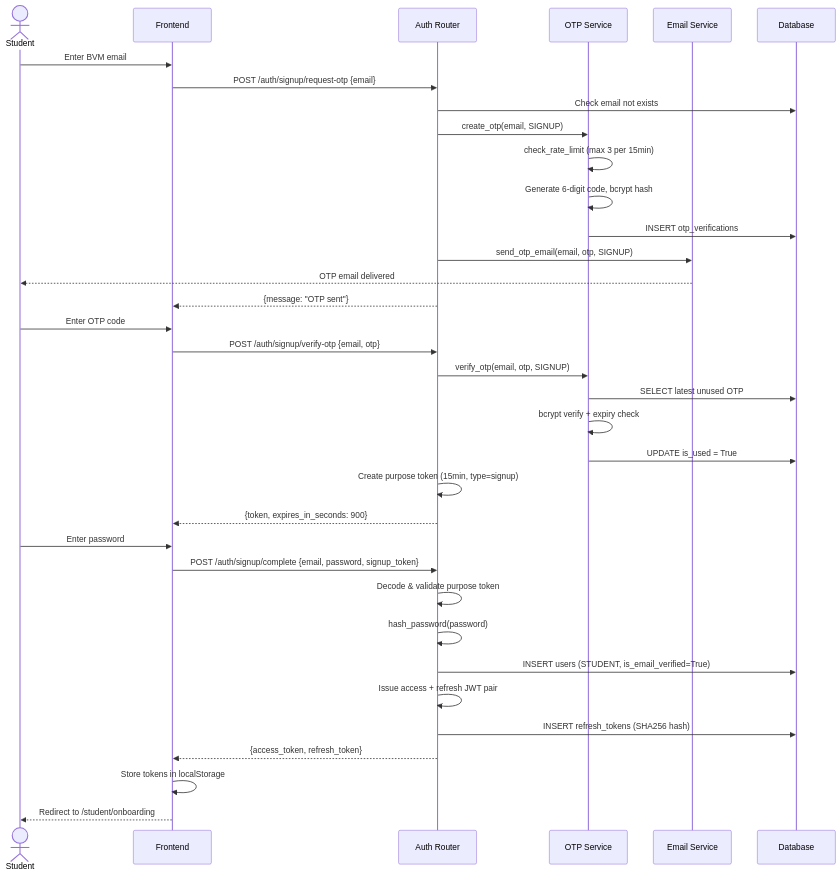
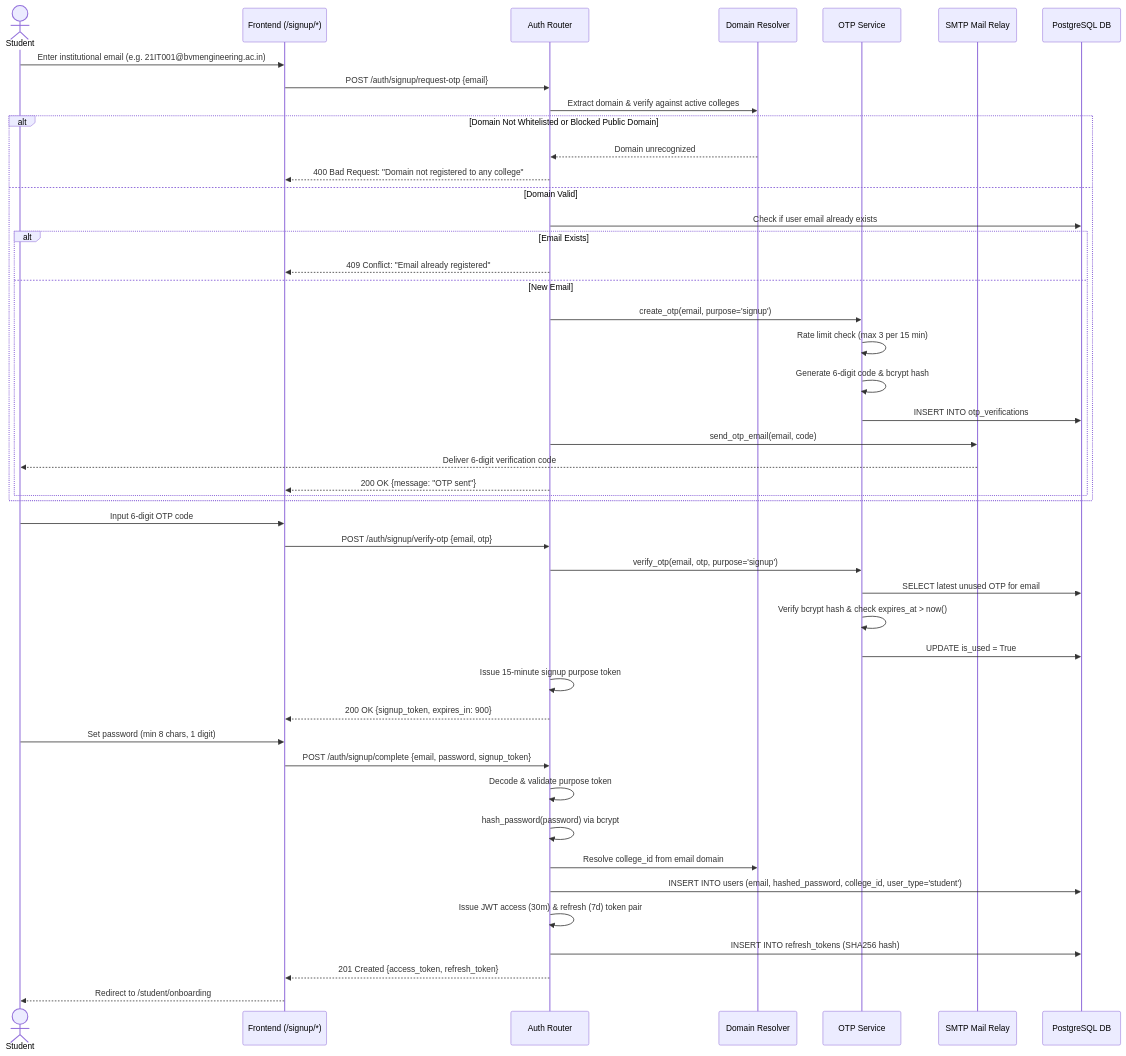
Before and after one commit to prathamraval33/7th-sem-project: the sixth of 39 diagrams in info.md, drawn with Mermaid. The commit also changed other lines of this file and 11 other files, not shown here.

````diff
--- a/info.md
+++ b/info.md
@@ -1026,40 +2028,51 @@
 ```mermaid
 sequenceDiagram
     actor Student
-    participant FE as Frontend
+    participant FE as Frontend (/signup/*)
     participant Auth as Auth Router
+    participant DomainSvc as Domain Resolver
     participant OTP as OTP Service
-    participant Email as Email Service
-    participant DB as Database
+    participant Mail as SMTP Mail Relay
+    participant DB as PostgreSQL DB
 
-    Student->>FE: Enter BVM email
+    Student->>FE: Enter institutional email (e.g. 21IT001@bvmengineering.ac.in)
     FE->>Auth: POST /auth/signup/request-otp {email}
-    Auth->>DB: Check email not exists
-    Auth->>OTP: create_otp(email, SIGNUP)
-    OTP->>OTP: check_rate_limit (max 3 per 15min)
-    OTP->>OTP: Generate 6-digit code, bcrypt hash
-    OTP->>DB: INSERT otp_verifications
-    Auth->>Email: send_otp_email(email, otp, SIGNUP)
-    Email-->>Student: OTP email delivered
-    Auth-->>FE: {message: "OTP sent"}
+    Auth->>DomainSvc: Extract domain & verify against active colleges
+    alt Domain Not Whitelisted or Blocked Public Domain
+        DomainSvc-->>Auth: Domain unrecognized
+        Auth-->>FE: 400 Bad Request: "Domain not registered to any college"
+    else Domain Valid
+        Auth->>DB: Check if user email already exists
+        alt Email Exists
+            Auth-->>FE: 409 Conflict: "Email already registered"
+        else New Email
+            Auth->>OTP: create_otp(email, purpose='signup')
+            OTP->>OTP: Rate limit check (max 3 per 15 min)
+            OTP->>OTP: Generate 6-digit code & bcrypt hash
+            OTP->>DB: INSERT INTO otp_verifications
+            Auth->>Mail: send_otp_email(email, code)
+            Mail-->>Student: Deliver 6-digit verification code
+            Auth-->>FE: 200 OK {message: "OTP sent"}
+        end
+    end
 
-    Student->>FE: Enter OTP code
+    Student->>FE: Input 6-digit OTP code
     FE->>Auth: POST /auth/signup/verify-otp {email, otp}
-    Auth->>OTP: verify_otp(email, otp, SIGNUP)
-    OTP->>DB: SELECT latest unused OTP
-    OTP->>OTP: bcrypt verify + expiry check
+    Auth->>OTP: verify_otp(email, otp, purpose='signup')
+    OTP->>DB: SELECT latest unused OTP for email
+    OTP->>OTP: Verify bcrypt hash & check expires_at > now()
     OTP->>DB: UPDATE is_used = True
-    Auth->>Auth: Create purpose token (15min, type=signup)
-    Auth-->>FE: {token, expires_in_seconds: 900}
+    Auth->>Auth: Issue 15-minute signup purpose token
+    Auth-->>FE: 200 OK {signup_token, expires_in: 900}
 
-    Student->>FE: Enter password
+    Student->>FE: Set password (min 8 chars, 1 digit)
     FE->>Auth: POST /auth/signup/complete {email, password, signup_token}
     Auth->>Auth: Decode & validate purpose token
-    Auth->>Auth: hash_password(password)
-    Auth->>DB: INSERT users (STUDENT, is_email_verified=True)
-    Auth->>Auth: Issue access + refresh JWT pair
-    Auth->>DB: INSERT refresh_tokens (SHA256 hash)
-    Auth-->>FE: {access_token, refresh_token}
-    FE->>FE: Store tokens in localStorage
+    Auth->>Auth: hash_password(password) via bcrypt
+    Auth->>DomainSvc: Resolve college_id from email domain
+    Auth->>DB: INSERT INTO users (email, hashed_password, college_id, user_type='student')
+    Auth->>Auth: Issue JWT access (30m) & refresh (7d) token pair
+    Auth->>DB: INSERT INTO refresh_tokens (SHA256 hash)
+    Auth-->>FE: 201 Created {access_token, refresh_token}
     FE-->>Student: Redirect to /student/onboarding
 ```
````
